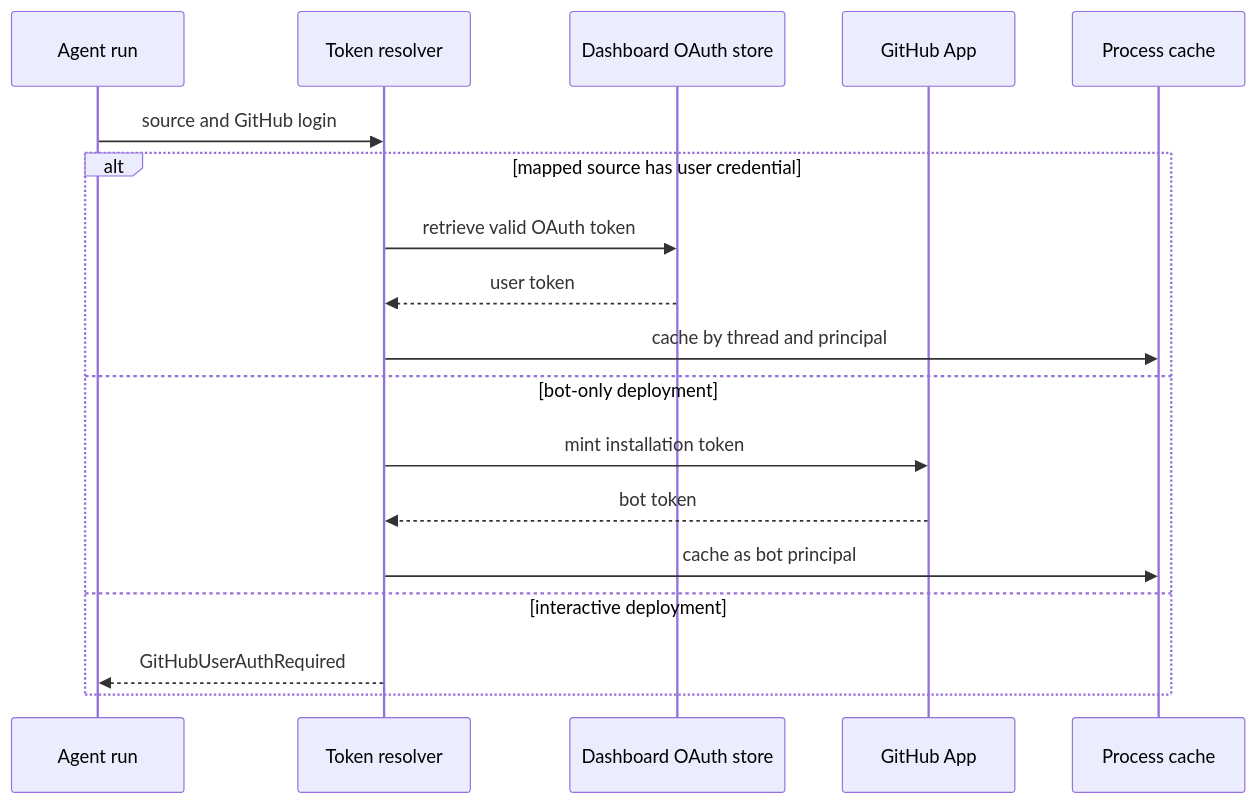
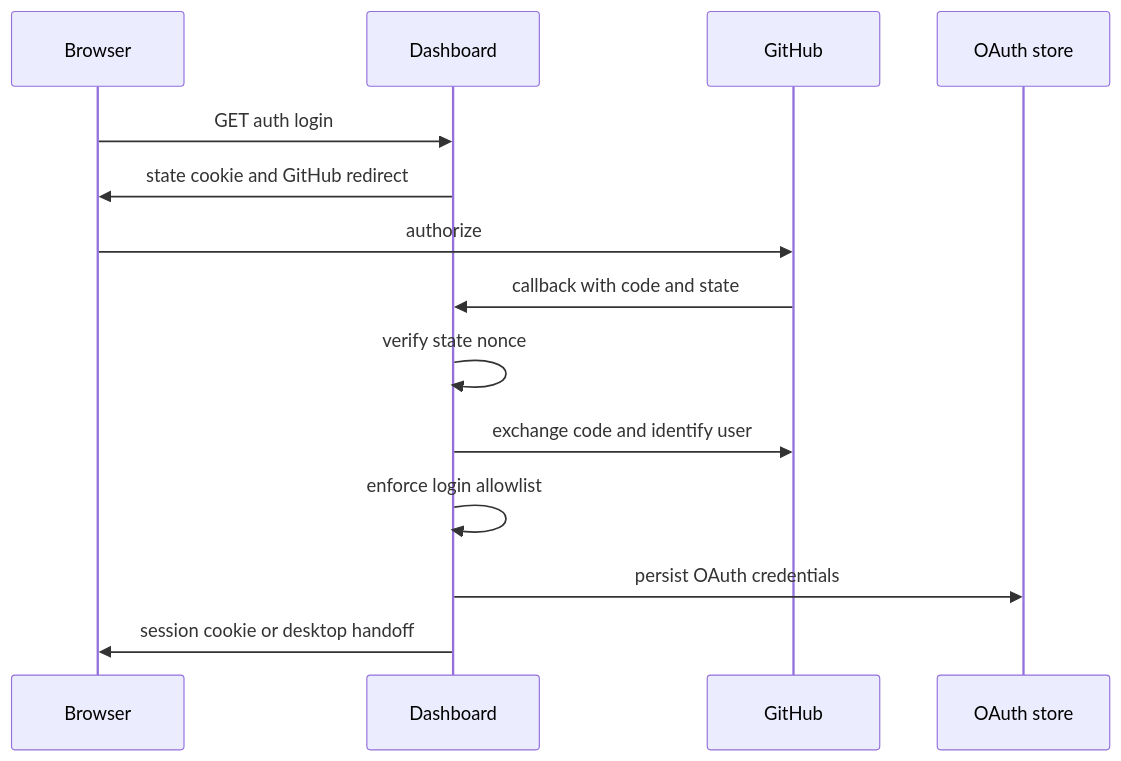
The first of 2 diagrams in openwiki/concepts/auth-and-security.md (langchain-ai/open-swe), drawn with Mermaid before and after one commit. The commit also changed other lines of this file and 51 other files, not shown here.

````diff
--- a/openwiki/concepts/auth-and-security.md
+++ b/openwiki/concepts/auth-and-security.md
@@ -81,21 +81,17 @@
 ```mermaid
 sequenceDiagram
-    participant Run as Agent run
-    participant Resolver as Token resolver
-    participant Store as Dashboard OAuth store
-    participant App as GitHub App
-    participant Cache as Process cache
+    participant Browser
+    participant Dashboard
+    participant GitHub
+    participant Store as OAuth store
 
-    Run->>Resolver: source and GitHub login
-    alt mapped source has user credential
-        Resolver->>Store: retrieve valid OAuth token
-        Store-->>Resolver: user token
-        Resolver->>Cache: cache by thread and principal
-    else bot-only deployment
-        Resolver->>App: mint installation token
-        App-->>Resolver: bot token
-        Resolver->>Cache: cache as bot principal
-    else interactive deployment
-        Resolver-->>Run: GitHubUserAuthRequired
-    end
+    Browser->>Dashboard: GET auth login
+    Dashboard->>Browser: state cookie and GitHub redirect
+    Browser->>GitHub: authorize
+    GitHub->>Dashboard: callback with code and state
+    Dashboard->>Dashboard: verify state nonce
+    Dashboard->>GitHub: exchange code and identify user
+    Dashboard->>Dashboard: enforce login allowlist
+    Dashboard->>Store: persist OAuth credentials
+    Dashboard->>Browser: session cookie or desktop handoff
 ```
````
